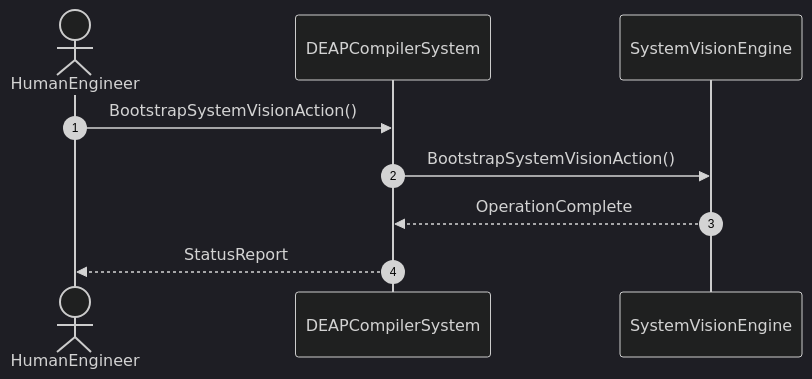
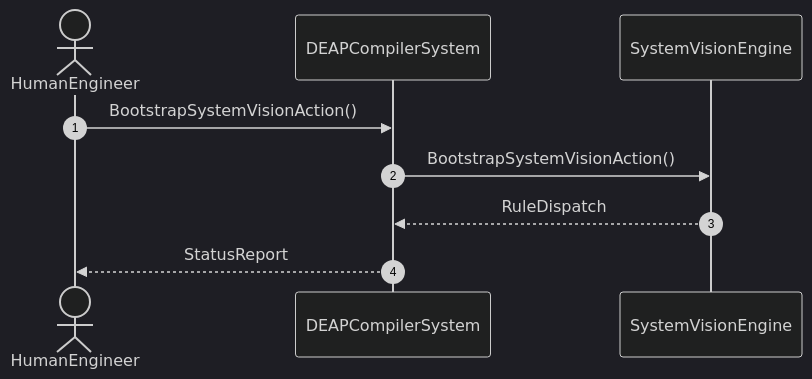
The diagram in docs/user-stories/US-01-BootstrapSystemVisionAction.md (gintatkinson/dumpiler-01), drawn with Mermaid (dark theme) before and after one commit. The commit also changed other lines of this file and 45 other files, not shown here.

````diff
--- a/docs/user-stories/US-01-BootstrapSystemVisionAction.md
+++ b/docs/user-stories/US-01-BootstrapSystemVisionAction.md
@@ -16,11 +16,11 @@
 ```mermaid
 sequenceDiagram
     autonumber
     actor HumanEngineer
     participant DEAPCompilerSystem
     participant SystemVisionEngine
     HumanEngineer->>DEAPCompilerSystem: BootstrapSystemVisionAction()
     DEAPCompilerSystem->>SystemVisionEngine: BootstrapSystemVisionAction()
-    SystemVisionEngine-->>DEAPCompilerSystem: OperationComplete
+    SystemVisionEngine-->>DEAPCompilerSystem: RuleDispatch
     DEAPCompilerSystem-->>HumanEngineer: StatusReport
 ```
````
